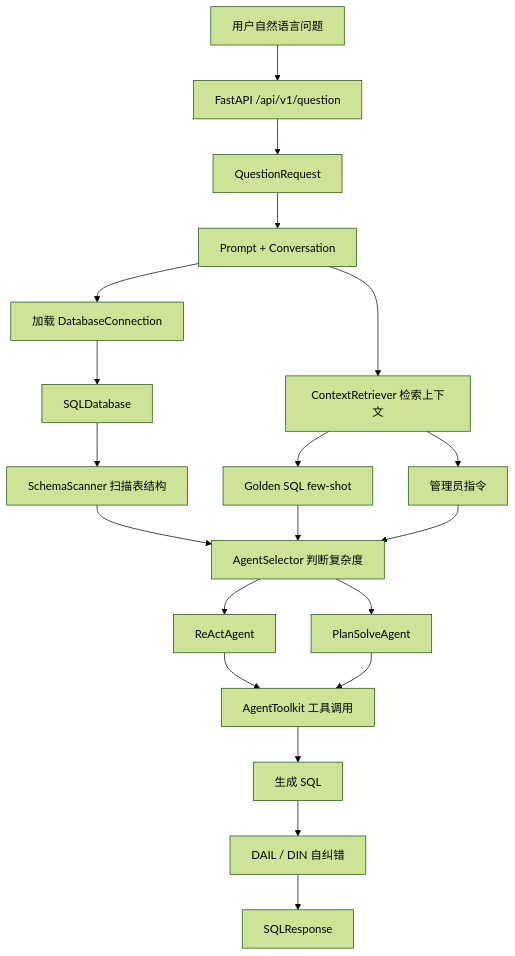
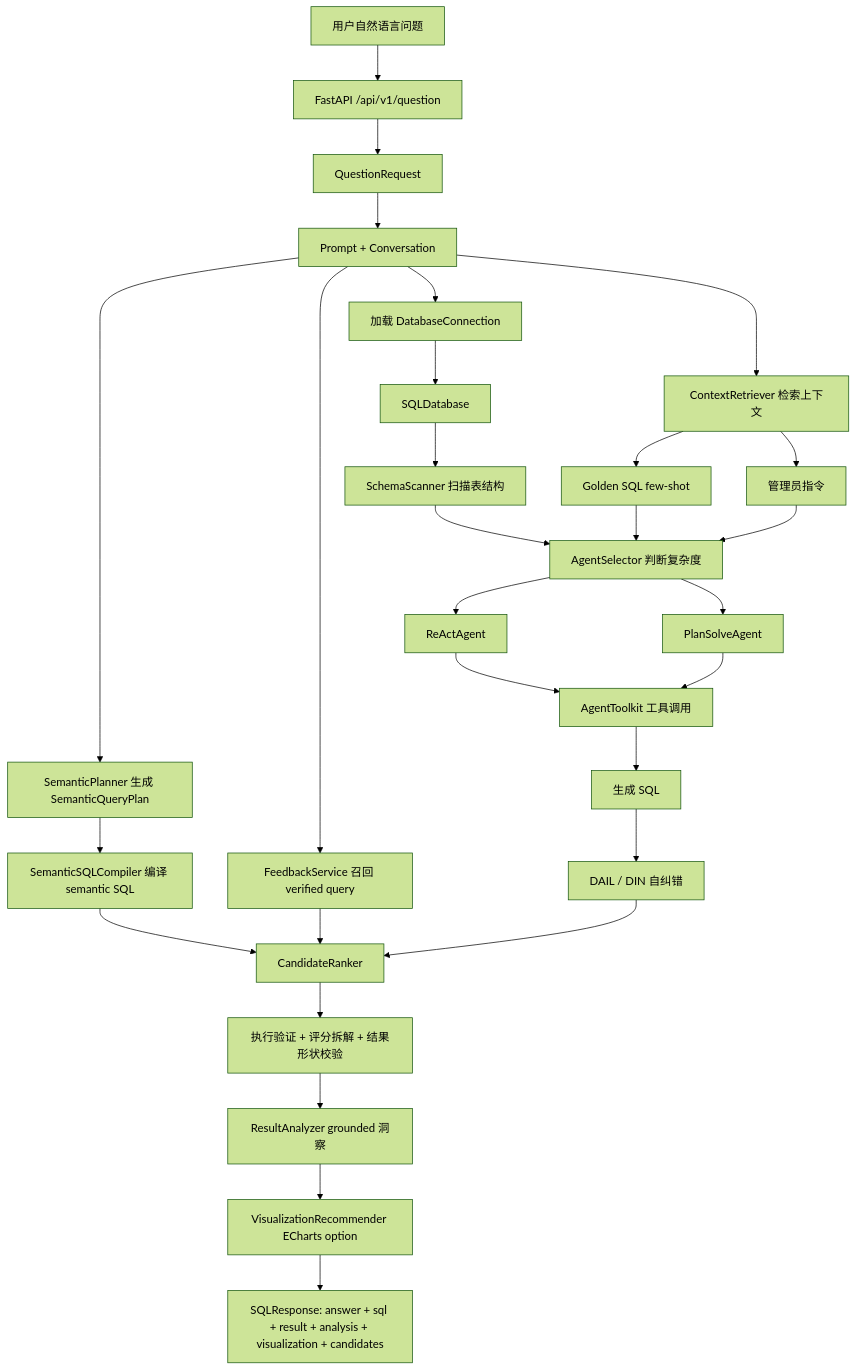
One commit to shuaidaqian/data-agent changed the first of 12 diagrams in docs/study-plan/diagrams.md. Above: the diagram before and after it, drawn with Mermaid (forest theme). The commit also changed other lines of this file and 11 other files, not shown here.

````diff
--- a/docs/study-plan/diagrams.md
+++ b/docs/study-plan/diagrams.md
@@ -5,22 +5,31 @@
 ```mermaid
 flowchart TD
     A["用户自然语言问题"] --> B["FastAPI /api/v1/question"]
     B --> C["QuestionRequest"]
     C --> D["Prompt + Conversation"]
     D --> E["加载 DatabaseConnection"]
     E --> F["SQLDatabase"]
     F --> G["SchemaScanner 扫描表结构"]
+    D --> S["SemanticPlanner 生成 SemanticQueryPlan"]
+    S --> S1["SemanticSQLCompiler 编译 semantic SQL"]
     D --> H["ContextRetriever 检索上下文"]
     H --> H1["Golden SQL few-shot"]
     H --> H2["管理员指令"]
+    D --> V["FeedbackService 召回 verified query"]
     G --> I["AgentSelector 判断复杂度"]
     H1 --> I
     H2 --> I
     I --> J["ReActAgent"]
     I --> K["PlanSolveAgent"]
     J --> L["AgentToolkit 工具调用"]
     K --> L
     L --> M["生成 SQL"]
     M --> N["DAIL / DIN 自纠错"]
-    N --> O["SQLResponse"]
+    S1 --> R["CandidateRanker"]
+    V --> R
+    N --> R
+    R --> R1["执行验证 + 评分拆解 + 结果形状校验"]
+    R1 --> A1["ResultAnalyzer grounded 洞察"]
+    A1 --> Z["VisualizationRecommender ECharts option"]
+    Z --> O["SQLResponse: answer + sql + result + analysis + visualization + candidates"]
 ```
````
